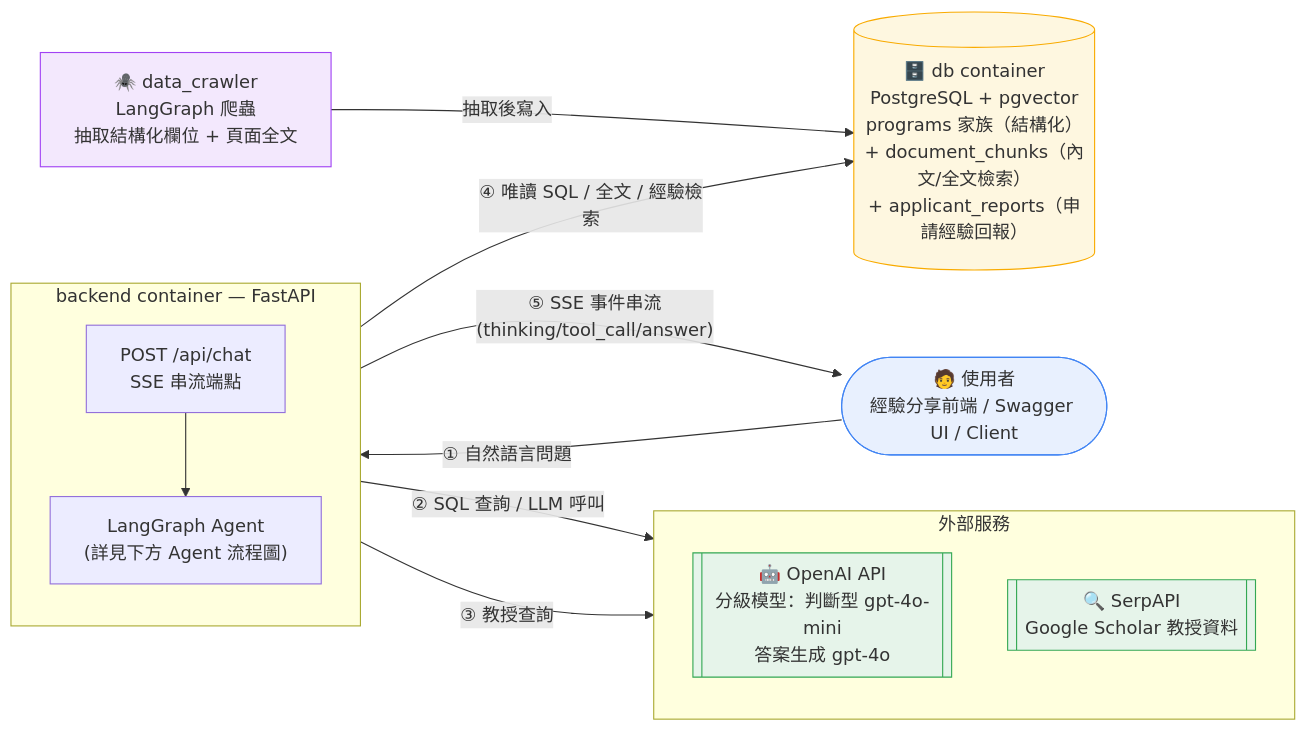
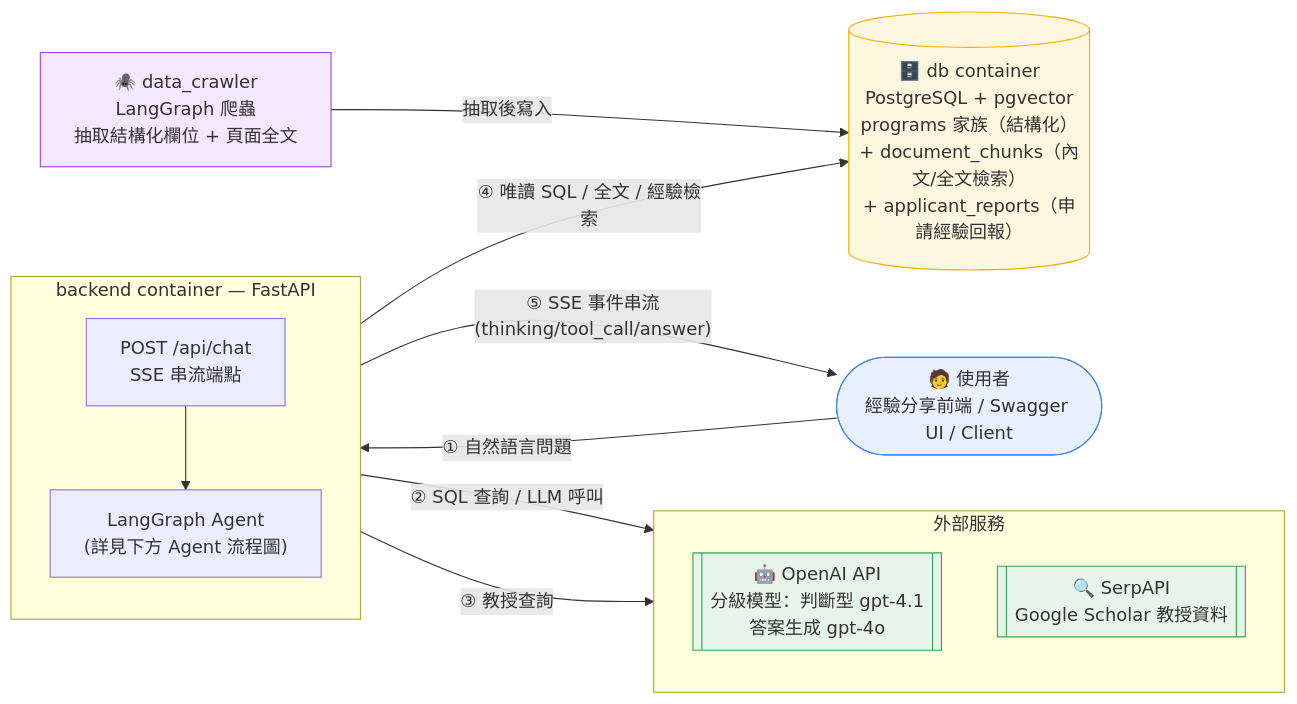
Before and after one commit to iamhenryhuang/AI-Study-Abroad-Consultant: the first of 2 diagrams in README.md, drawn with Mermaid. The commit also changed other lines of this file and 39 other files, not shown here.

````diff
--- a/README.md
+++ b/README.md
@@ -18,34 +18,34 @@
 ```mermaid
 flowchart LR
     Client(["🧑 使用者<br/>經驗分享前端 / Swagger UI / Client"])
 
     subgraph Backend["backend container — FastAPI"]
         direction TB
         API["POST /api/chat<br/>SSE 串流端點"]
         Agent["LangGraph Agent<br/>(詳見下方 Agent 流程圖)"]
         API --> Agent
     end
 
     subgraph External["外部服務"]
         direction TB
-        OpenAI[["🤖 OpenAI API<br/>分級模型：判斷型 gpt-4o-mini<br/>答案生成 gpt-4o"]]
+        OpenAI[["🤖 OpenAI API<br/>分級模型：判斷型 gpt-4.1<br/>答案生成 gpt-4o"]]
         SerpAPI[["🔍 SerpAPI<br/>Google Scholar 教授資料"]]
     end
 
     DB[("🗄️ db container<br/>PostgreSQL + pgvector<br/>programs 家族（結構化）<br/>+ document_chunks（內文/全文檢索）<br/>+ applicant_reports（申請經驗回報）")]
     Crawler["🕷️ data_crawler<br/>LangGraph 爬蟲<br/>抽取結構化欄位 + 頁面全文"]
 
     Crawler -- "抽取後寫入" --> DB
     Client -- "① 自然語言問題" --> API
     Agent -- "② SQL 查詢 / LLM 呼叫" --> OpenAI
     Agent -- "③ 教授查詢" --> SerpAPI
     Agent -- "④ 唯讀 SQL / 全文 / 經驗檢索" --> DB
     Agent -- "⑤ SSE 事件串流<br/>(thinking/tool_call/answer)" --> Client
 
     style Crawler fill:#f3e8fd,stroke:#a142f4
 
     style Client fill:#e8f0fe,stroke:#4285f4
     style DB fill:#fef7e0,stroke:#f9ab00
     style OpenAI fill:#e6f4ea,stroke:#34a853
     style SerpAPI fill:#e6f4ea,stroke:#34a853
 ```
````
